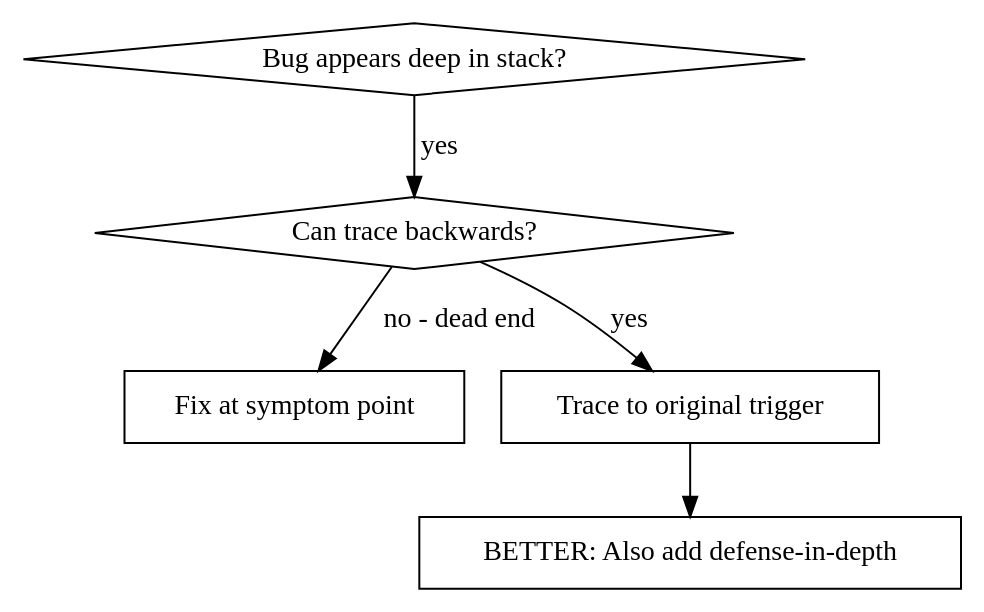
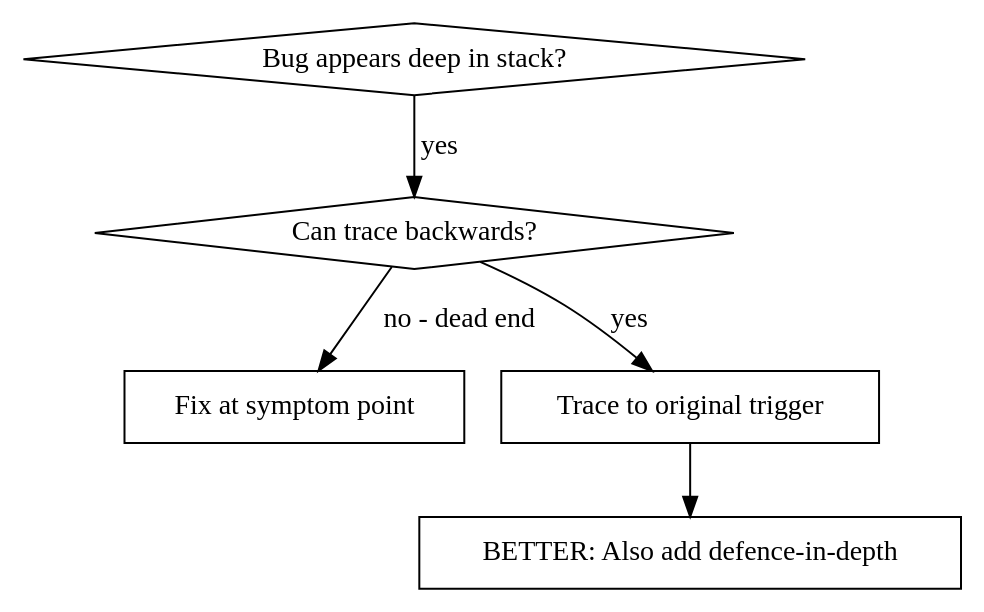
The first of 2 diagrams in skills/systematic-debugging/root-cause-tracing.md (j10t-dev/1337-skills), drawn with Graphviz before and after one commit. The commit also changed other lines of this file and 10 other files, not shown here.

````diff
--- a/skills/systematic-debugging/root-cause-tracing.md
+++ b/skills/systematic-debugging/root-cause-tracing.md
@@ -11,14 +11,14 @@
 ```dot
 digraph when_to_use {
     "Bug appears deep in stack?" [shape=diamond];
     "Can trace backwards?" [shape=diamond];
     "Fix at symptom point" [shape=box];
     "Trace to original trigger" [shape=box];
-    "BETTER: Also add defense-in-depth" [shape=box];
+    "BETTER: Also add defence-in-depth" [shape=box];
 
     "Bug appears deep in stack?" -> "Can trace backwards?" [label="yes"];
     "Can trace backwards?" -> "Trace to original trigger" [label="yes"];
     "Can trace backwards?" -> "Fix at symptom point" [label="no - dead end"];
-    "Trace to original trigger" -> "BETTER: Also add defense-in-depth";
+    "Trace to original trigger" -> "BETTER: Also add defence-in-depth";
 }
 ```
````
